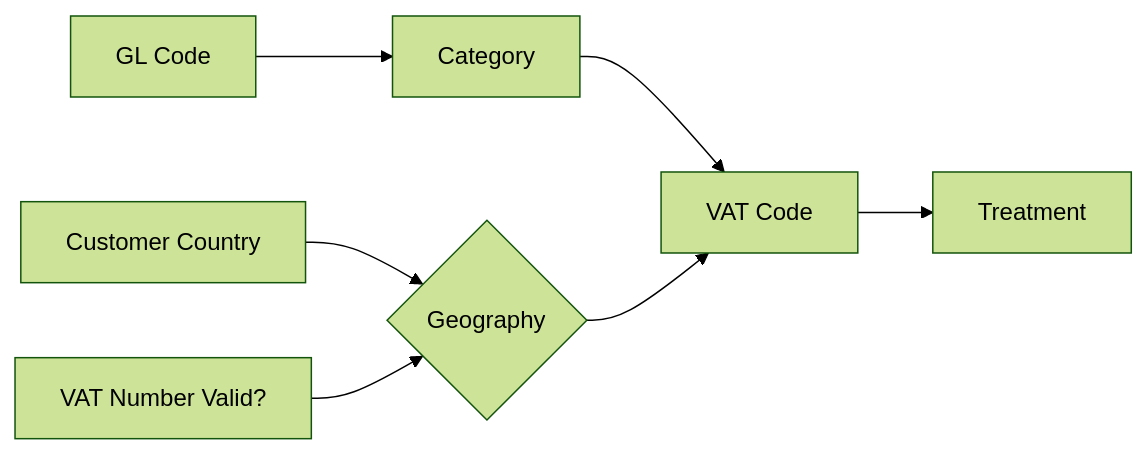
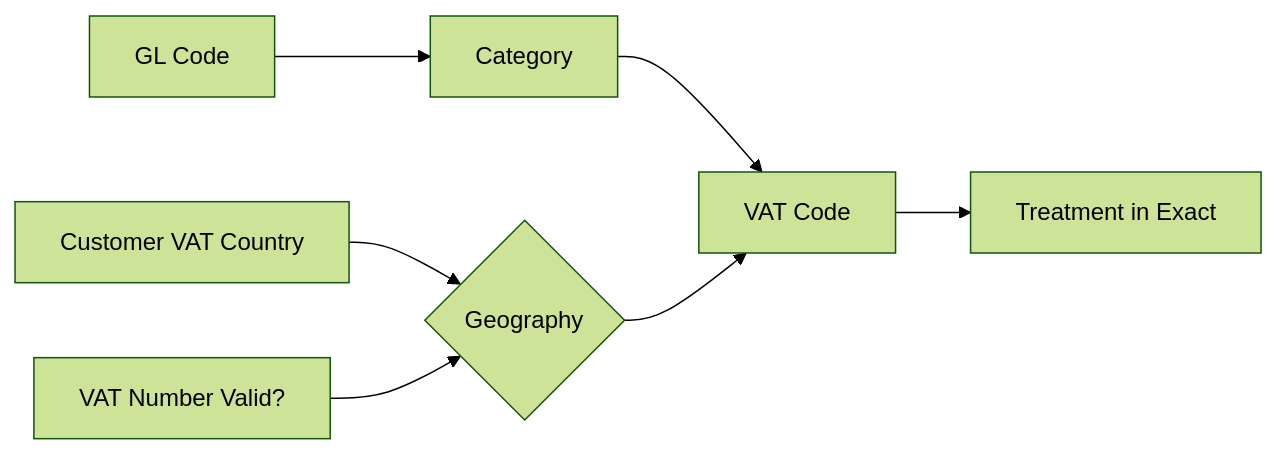
Before and after one commit to dmitriibeliakov/vat: the diagram in docs/vat_code_scheme.md, drawn with Mermaid (forest theme). The commit also changed other lines of this file and 26 other files, not shown here.

````diff
--- a/docs/vat_code_scheme.md
+++ b/docs/vat_code_scheme.md
@@ -18,9 +18,9 @@
 ```mermaid
 flowchart LR
     GL[GL Code] --> CAT[Category]
-    CC[Customer Country] --> GEO_CHECK{Geography}
+    CC[Customer VAT Country] --> GEO_CHECK{Geography}
     VAT_VALID[VAT Number Valid?] --> GEO_CHECK
     CAT --> VAT_CODE[VAT Code]
     GEO_CHECK --> VAT_CODE
-    VAT_CODE --> TRT[Treatment]
+    VAT_CODE --> TRT[Treatment in Exact]
 ```
````
